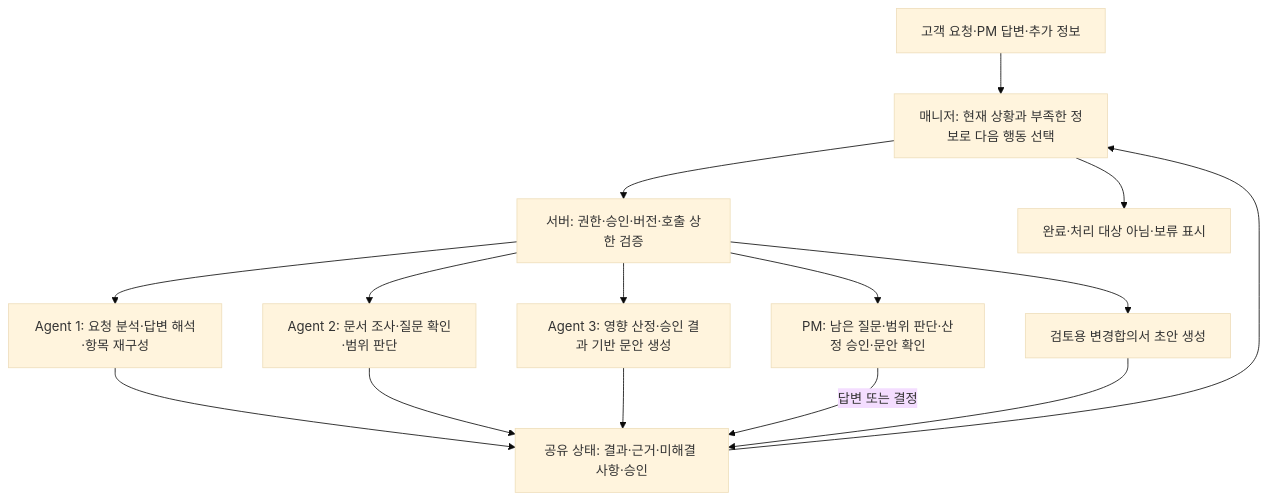
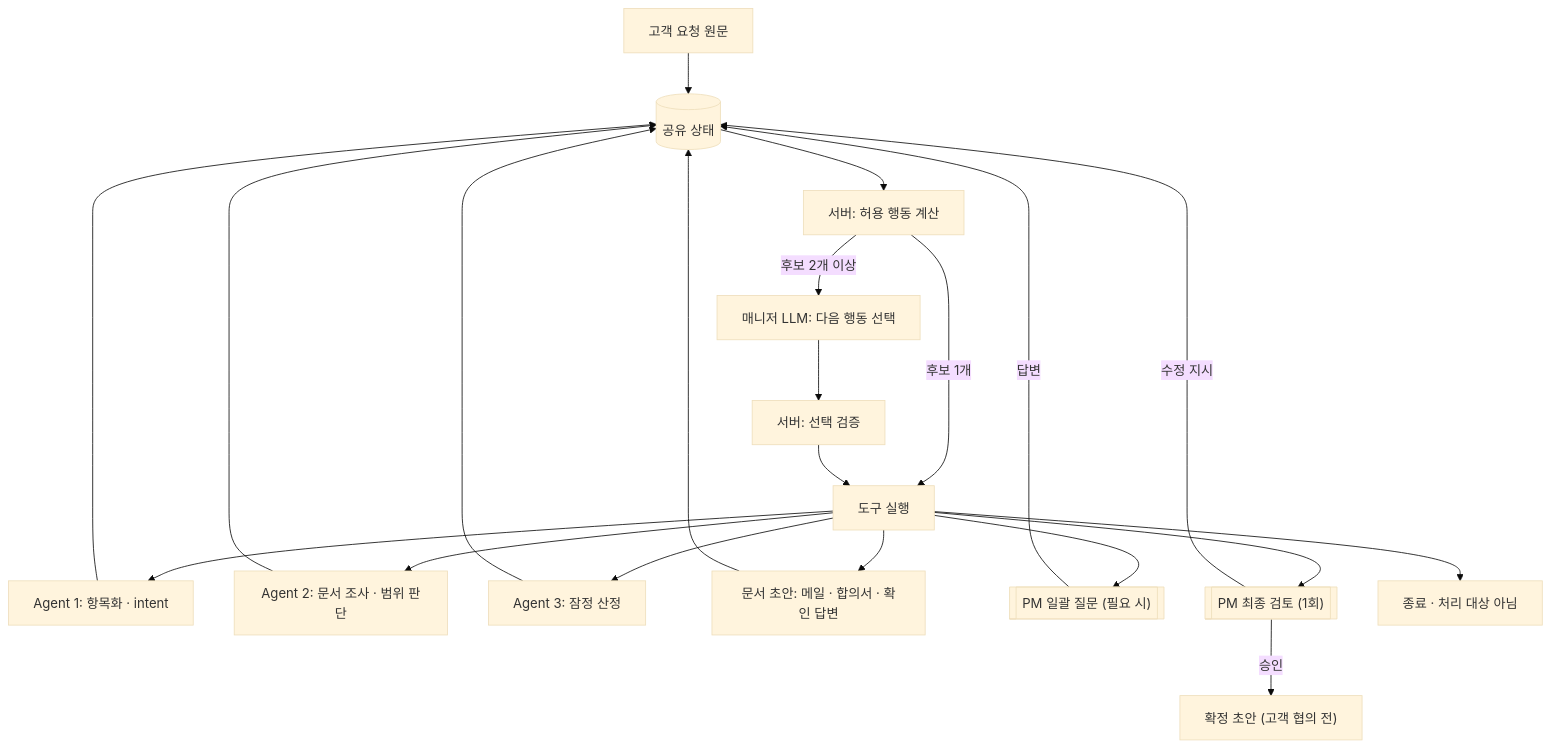
Before and after one commit to Weave-B2B/weave-ai-agent: the diagram in docs/prototype/integrated-request-analysis-plan.md, drawn with Mermaid (base theme). The commit also changed other lines of this file, not shown here.

Commit message:
docs(#5): PM 검수 최소화 LLM 오케스트레이션 설계로 보완

````diff
--- a/docs/prototype/integrated-request-analysis-plan.md
+++ b/docs/prototype/integrated-request-analysis-plan.md
@@ -84,17 +116,23 @@
 ```mermaid
 flowchart TD
-    U[고객 요청·PM 답변·추가 정보] --> M[매니저: 현재 상황과 부족한 정보로 다음 행동 선택]
-    M --> G[서버: 권한·승인·버전·호출 상한 검증]
-    G --> A1[Agent 1: 요청 분석·답변 해석·항목 재구성]
-    G --> A2[Agent 2: 문서 조사·질문 확인·범위 판단]
-    G --> A3[Agent 3: 영향 산정·승인 결과 기반 문안 생성]
-    G --> P[PM: 남은 질문·범위 판단·산정 승인·문안 확인]
-    G --> D[검토용 변경합의서 초안 생성]
-    A1 --> S[공유 상태: 결과·근거·미해결 사항·승인]
+    U["고객 요청 원문"] --> S[("공유 상태")]
+    S --> G["서버: 허용 행동 계산"]
+    G -->|"후보 1개"| T["도구 실행"]
+    G -->|"후보 2개 이상"| M["매니저 LLM: 다음 행동 선택"]
+    M --> V["서버: 선택 검증"]
+    V --> T
+    T --> A1["Agent 1: 항목화 · intent"]
+    T --> A2["Agent 2: 문서 조사 · 범위 판단"]
+    T --> A3["Agent 3: 잠정 산정"]
+    T --> DR["문서 초안: 메일 · 합의서 · 확인 답변"]
+    T --> Q[["PM 일괄 질문 (필요 시)"]]
+    T --> R[["PM 최종 검토 (1회)"]]
+    T --> E["종료 · 처리 대상 아님"]
+    A1 --> S
     A2 --> S
     A3 --> S
-    P -->|답변 또는 결정| S
-    D --> S
-    S --> M
-    M --> F[완료·처리 대상 아님·보류 표시]
+    DR --> S
+    Q -->|"답변"| S
+    R -->|"수정 지시"| S
+    R -->|"승인"| F["확정 초안 (고객 협의 전)"]
 ```
````
